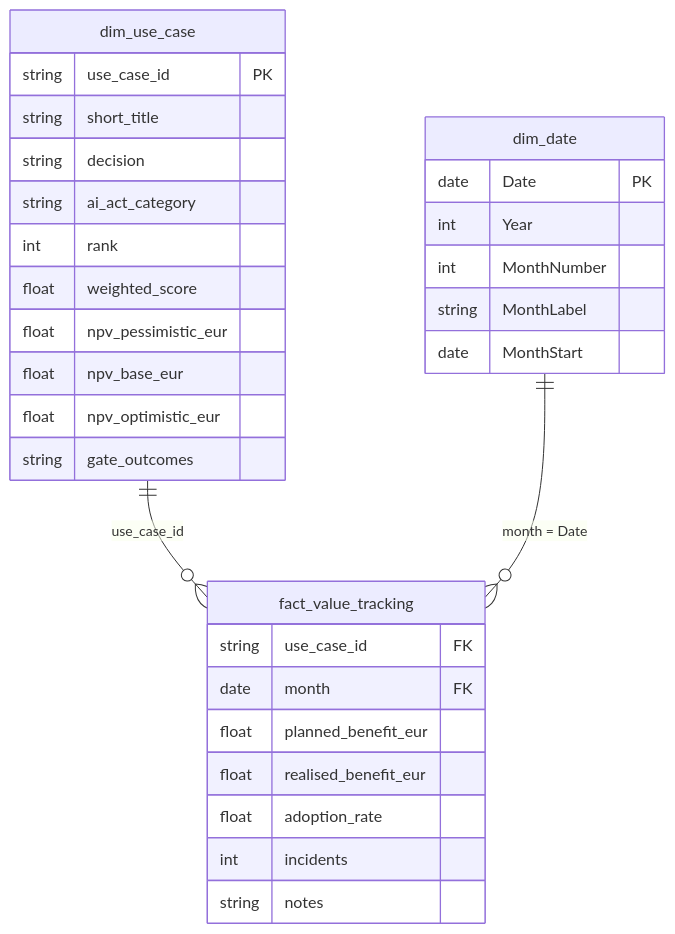
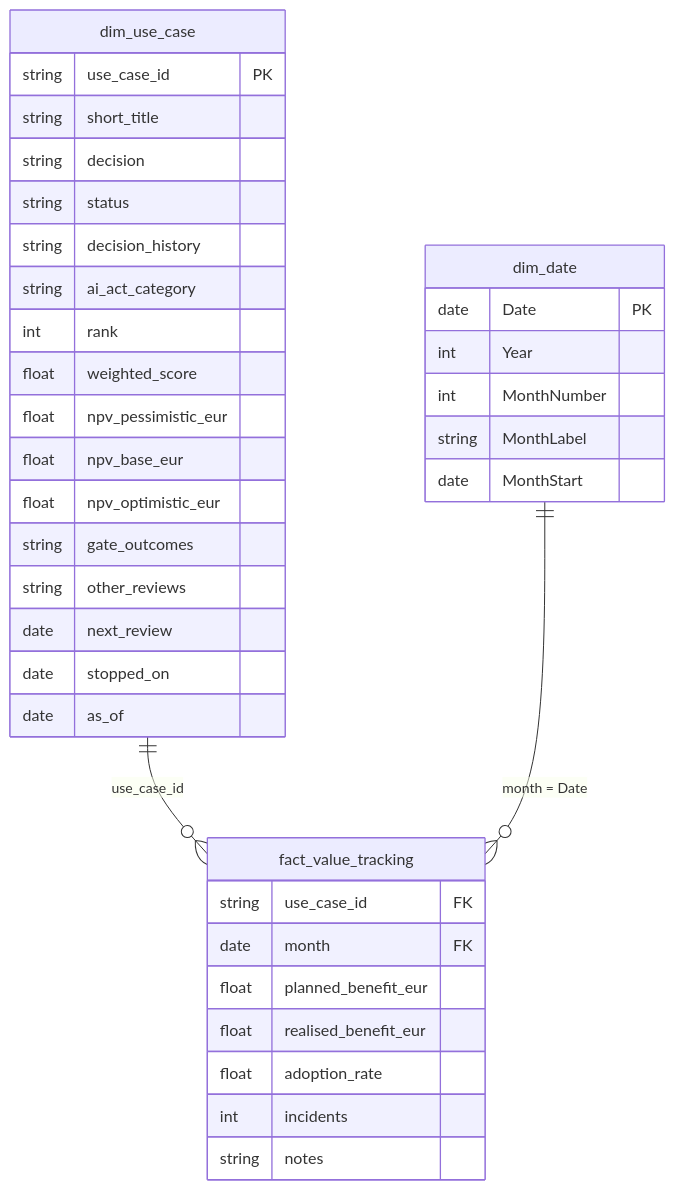
One commit to bastiendfd/ai-use-case-pilot-kit changed the diagram in dashboard/README.md. Above: the diagram before and after it, drawn with Mermaid. The commit also changed other lines of this file and 3 other files, not shown here.

Commit message:
Document review history, the as-of date and how to measure realised value

````diff
--- a/dashboard/README.md
+++ b/dashboard/README.md
@@ -22,33 +22,39 @@
 ```mermaid
 erDiagram
     dim_use_case ||--o{ fact_value_tracking : "use_case_id"
     dim_date ||--o{ fact_value_tracking : "month = Date"
     dim_use_case {
         string use_case_id PK
         string short_title
         string decision
+        string status
+        string decision_history
         string ai_act_category
         int rank
         float weighted_score
         float npv_pessimistic_eur
         float npv_base_eur
         float npv_optimistic_eur
         string gate_outcomes
+        string other_reviews
+        date next_review
+        date stopped_on
+        date as_of
     }
     fact_value_tracking {
         string use_case_id FK
         date month FK
         float planned_benefit_eur
         float realised_benefit_eur
         float adoption_rate
         int incidents
         string notes
     }
     dim_date {
         date Date PK
         int Year
         int MonthNumber
         string MonthLabel
         date MonthStart
     }
 ```
````
